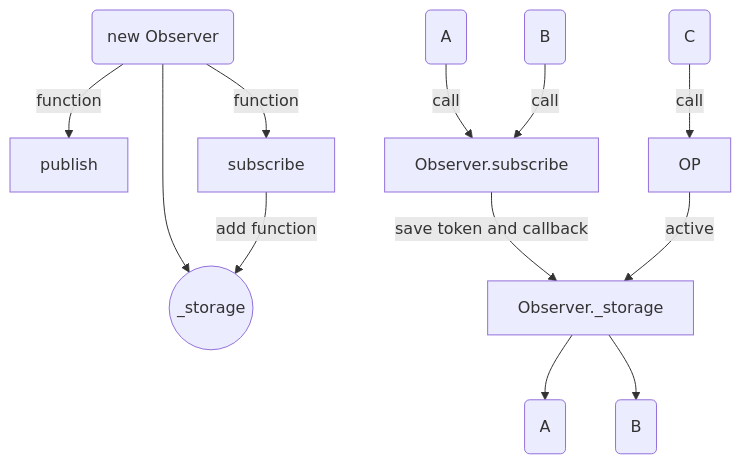
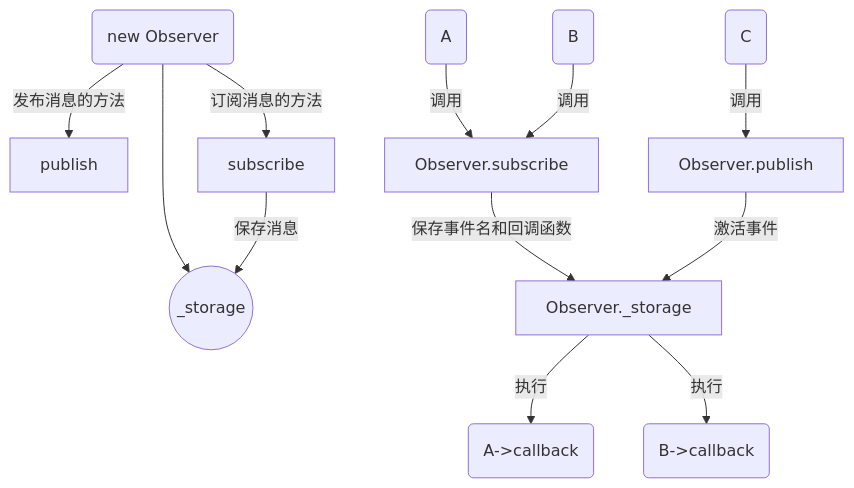
One commit to icyzeroice/web-front-end-and-more changed the diagram in js/design-patterns.md. Above: the diagram before and after it, drawn with Mermaid. The commit also changed other lines of this file and 4 other files, not shown here.

````diff
--- a/js/design-patterns.md
+++ b/js/design-patterns.md
@@ -9,14 +9,14 @@
 ```mermaid
 graph TB;
-  O(new Observer) -- function --> P[publish];
-  O -- function --> S[subscribe];
+  O(new Observer) -- 发布消息的方法 --> P[publish];
+  O -- 订阅消息的方法 --> S[subscribe];
   O --> ST
-  S -- add function --> ST((_storage));
-  A(A) -- call --> OS[Observer.subscribe];
-  B(B) -- call --> OS;
-  OS -- save token and callback --> OST[Observer.publish];
-  C(C) -- call --> OP;
-  OP -- active --> OST[Observer._storage];
-  OST --> NA(A);
-  OST --> NB(B);
+  S -- 保存消息 --> ST((_storage));
+  A(A) -- 调用 --> OS[Observer.subscribe];
+  B(B) -- 调用 --> OS;
+  OS -- 保存事件名和回调函数 --> OST;
+  C(C) -- 调用 --> OP[Observer.publish];
+  OP -- 激活事件 --> OST[Observer._storage];
+  OST -- 执行 --> NA(A->callback);
+  OST -- 执行 --> NB(B->callback);
 ```
````
